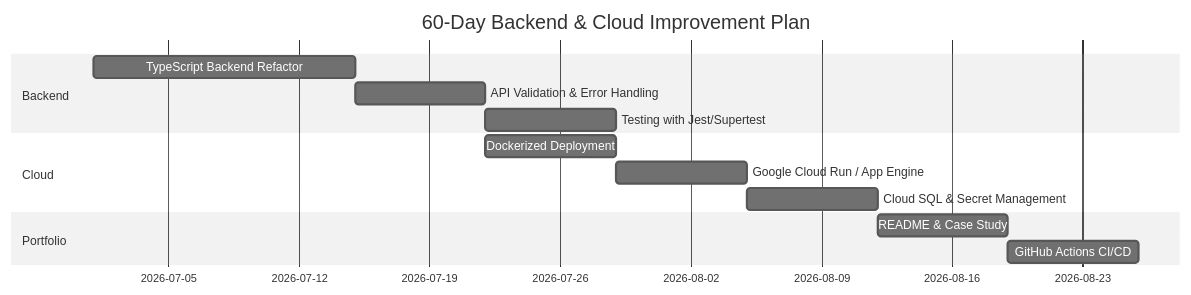
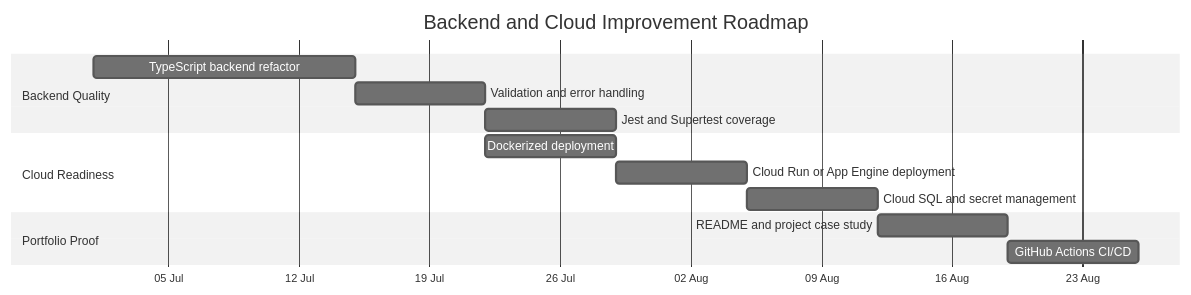
The sixth of 6 diagrams in README.md (Ilhamnofaldi/Ilhamnofaldi), drawn with Mermaid (neutral theme) before and after one commit. The commit also changed other lines of this file, not shown here.

````diff
--- a/README.md
+++ b/README.md
@@ -290,16 +370,20 @@
 ```mermaid
 gantt
-    title 60-Day Backend & Cloud Improvement Plan
+    title Backend and Cloud Improvement Roadmap
     dateFormat  YYYY-MM-DD
-    section Backend
-    TypeScript Backend Refactor       :a1, 2026-07-01, 14d
-    API Validation & Error Handling   :a2, after a1, 7d
-    Testing with Jest/Supertest       :a3, after a2, 7d
-    section Cloud
-    Dockerized Deployment             :b1, 2026-07-22, 7d
-    Google Cloud Run / App Engine     :b2, after b1, 7d
-    Cloud SQL & Secret Management     :b3, after b2, 7d
-    section Portfolio
-    README & Case Study               :c1, 2026-08-12, 7d
-    GitHub Actions CI/CD              :c2, after c1, 7d
+    axisFormat  %d %b
+
+    section Backend Quality
+    TypeScript backend refactor         :a1, 2026-07-01, 14d
+    Validation and error handling       :a2, after a1, 7d
+    Jest and Supertest coverage         :a3, after a2, 7d
+
+    section Cloud Readiness
+    Dockerized deployment               :b1, 2026-07-22, 7d
+    Cloud Run or App Engine deployment  :b2, after b1, 7d
+    Cloud SQL and secret management     :b3, after b2, 7d
+
+    section Portfolio Proof
+    README and project case study       :c1, 2026-08-12, 7d
+    GitHub Actions CI/CD                :c2, after c1, 7d
 ```
````
